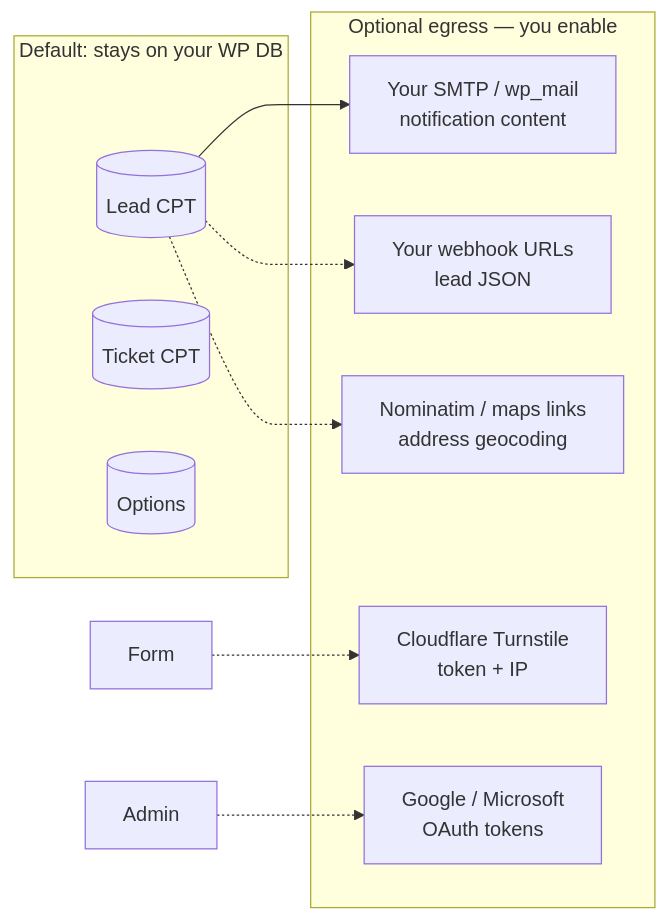
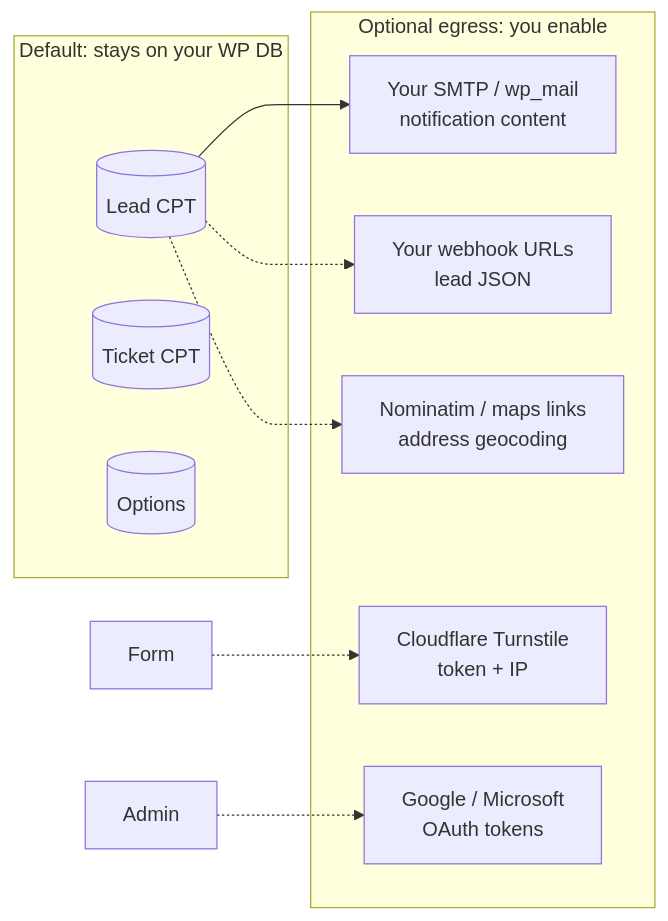
Before and after one commit to RawPowered/strikescope-wp: the fourth of 4 diagrams in README.md, drawn with Mermaid. The commit also changed other lines of this file, not shown here.

Commit message:
Polish preview wording and portfolio terminology

````diff
--- a/README.md
+++ b/README.md
@@ -210,22 +210,22 @@
 ```mermaid
 flowchart LR
   subgraph Local["Default: stays on your WP DB"]
     Leads[(Lead CPT)]
     Tickets[(Ticket CPT)]
     Settings[(Options)]
   end
 
-  subgraph Egress["Optional egress — you enable"]
+  subgraph Egress["Optional egress: you enable"]
     CF["Cloudflare Turnstile<br/>token + IP"]
     Geo["Nominatim / maps links<br/>address geocoding"]
     Cal2["Google / Microsoft<br/>OAuth tokens"]
     WH["Your webhook URLs<br/>lead JSON"]
     SMTP["Your SMTP / wp_mail<br/>notification content"]
   end
 
   Leads --> SMTP
   Leads -.-> WH
   Form -.-> CF
   Leads -.-> Geo
   Admin -.-> Cal2
 ```
````
